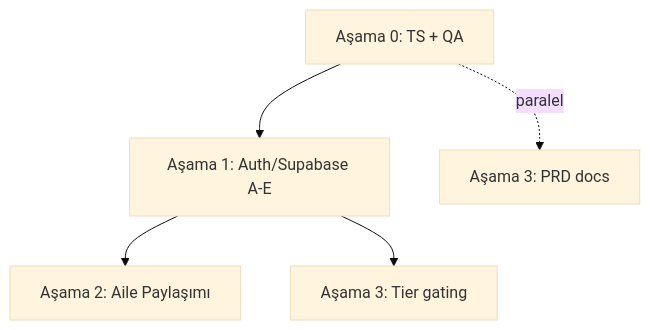
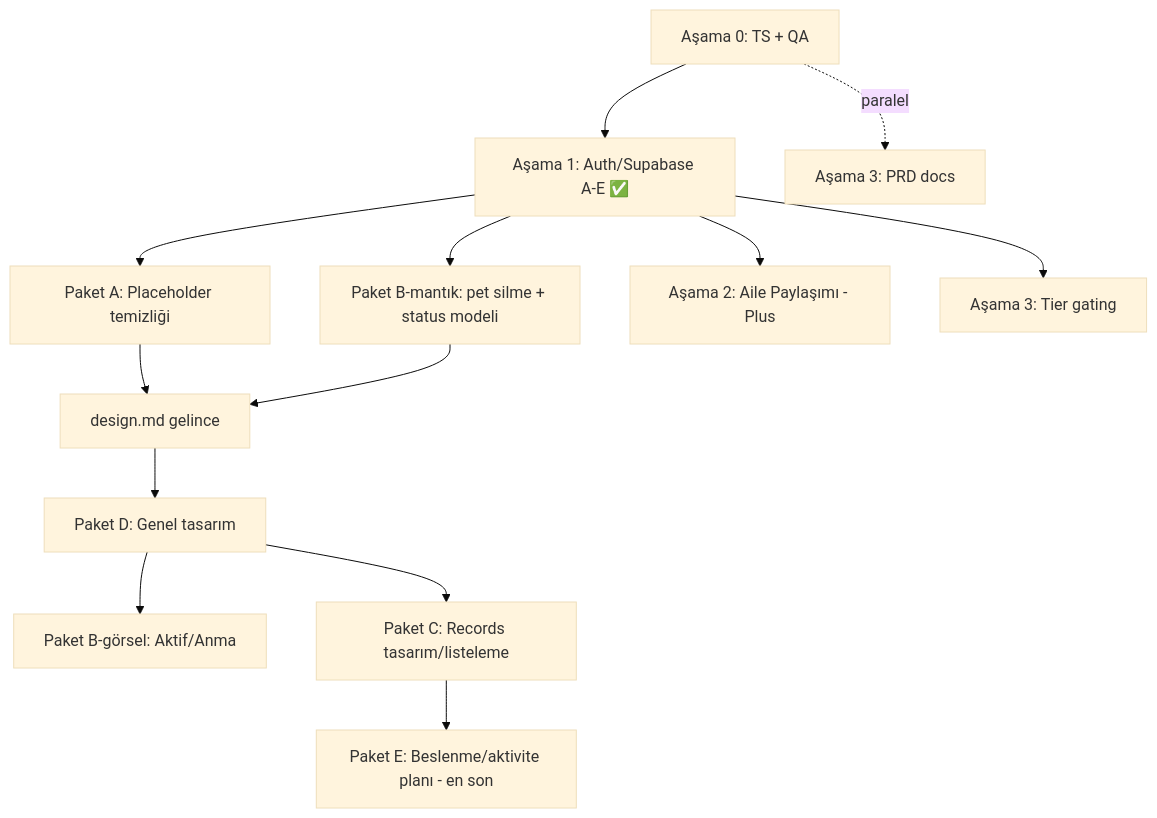
The diagram in tasks/is-plani.md (cengelcan/lulu-app), drawn with Mermaid (base theme) before and after one commit. The commit also changed other lines of this file and 10 other files, not shown here.

````diff
--- a/tasks/is-plani.md
+++ b/tasks/is-plani.md
@@ -28,7 +28,15 @@
 ```mermaid
 flowchart TD
-  A0[Aşama 0: TS + QA] --> A1[Aşama 1: Auth/Supabase A-E]
-  A1 --> A2[Aşama 2: Aile Paylaşımı]
+  A0[Aşama 0: TS + QA] --> A1[Aşama 1: Auth/Supabase A-E ✅]
+  A1 --> PA[Paket A: Placeholder temizliği]
+  A1 --> PBlogic[Paket B-mantık: pet silme + status modeli]
+  PA --> DESIGN[design.md gelince]
+  PBlogic --> DESIGN
+  DESIGN --> PD[Paket D: Genel tasarım]
+  PD --> PBui[Paket B-görsel: Aktif/Anma]
+  PD --> PC[Paket C: Records tasarım/listeleme]
+  A1 --> A2[Aşama 2: Aile Paylaşımı - Plus]
   A1 --> A3a[Aşama 3: Tier gating]
   A0 -.paralel.-> A3b[Aşama 3: PRD docs]
+  PC --> PE[Paket E: Beslenme/aktivite planı - en son]
 ```
````
